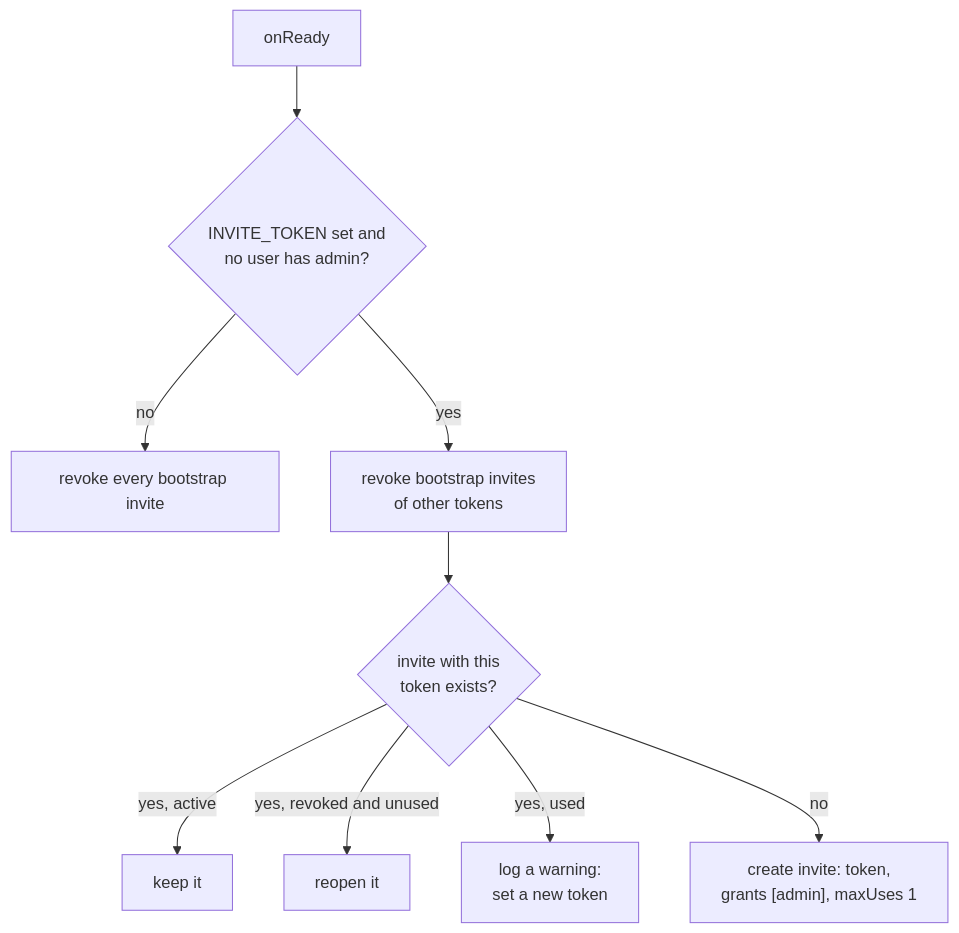
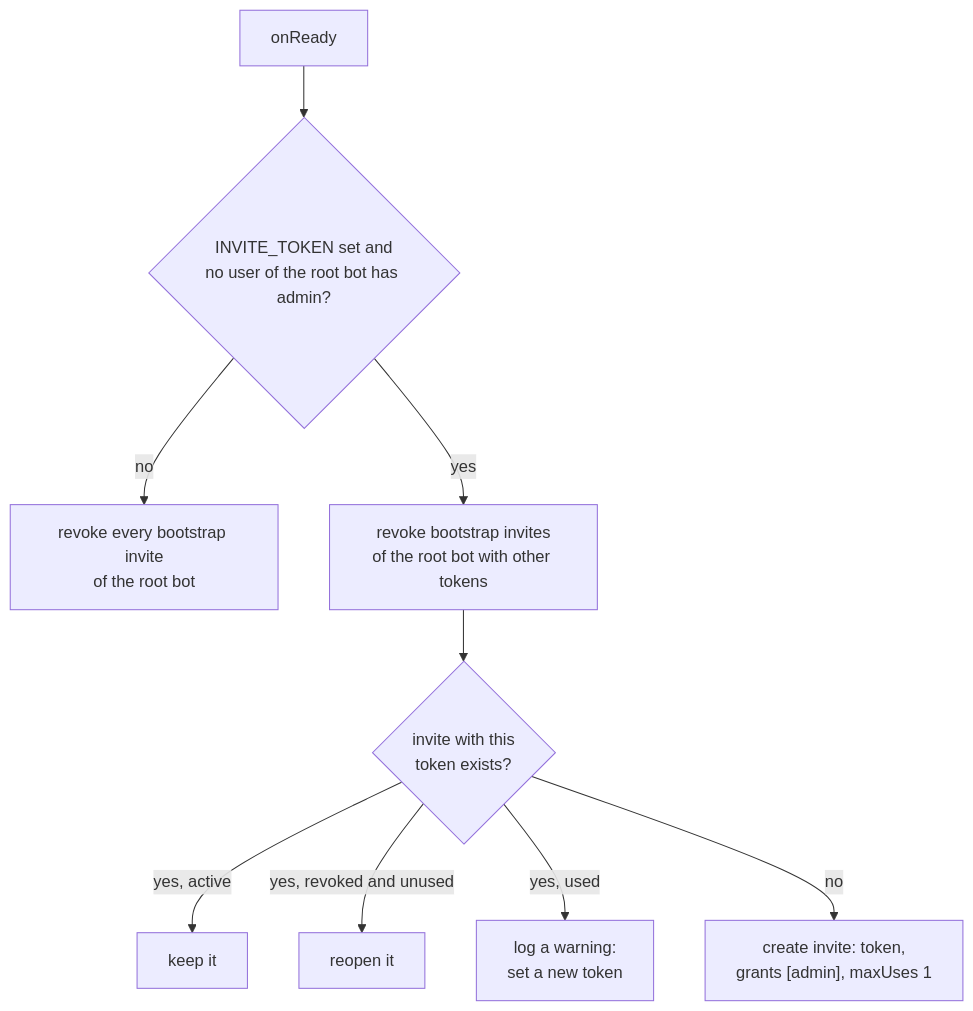
One commit to ayuvlasenko/smart-assistant changed the second of 2 diagrams in apps/server/src/plugins/app/invites/README.md. Above: the diagram before and after it, drawn with Mermaid. The commit also changed other lines of this file and 22 other files, not shown here.

First line of the commit message:
feat: keep the data and the rules of every bot apart

````diff
--- a/apps/server/src/plugins/app/invites/README.md
+++ b/apps/server/src/plugins/app/invites/README.md
@@ -63,11 +64,11 @@
 ```mermaid
 flowchart TD
-    start["onReady"] --> admin{"INVITE_TOKEN set and<br/>no user has admin?"}
-    admin -->|no| revokeAll["revoke every bootstrap invite"]
-    admin -->|yes| revokeOther["revoke bootstrap invites<br/>of other tokens"]
+    start["onReady"] --> admin{"INVITE_TOKEN set and<br/>no user of the root bot has admin?"}
+    admin -->|no| revokeAll["revoke every bootstrap invite<br/>of the root bot"]
+    admin -->|yes| revokeOther["revoke bootstrap invites<br/>of the root bot with other tokens"]
     revokeOther --> exists{"invite with this<br/>token exists?"}
     exists -->|"yes, active"| keep["keep it"]
     exists -->|"yes, revoked and unused"| reopen["reopen it"]
     exists -->|"yes, used"| warn["log a warning:<br/>set a new token"]
     exists -->|no| create["create invite: token,<br/>grants [admin], maxUses 1"]
 ```
````
